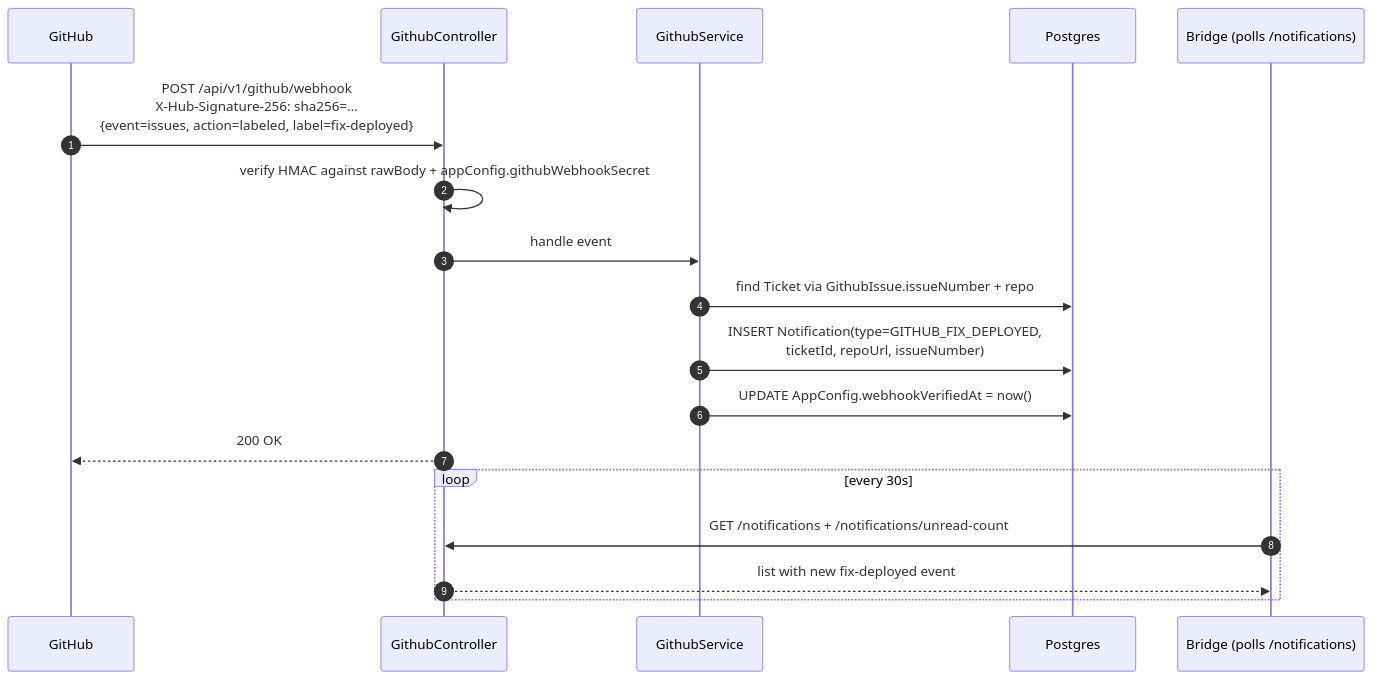
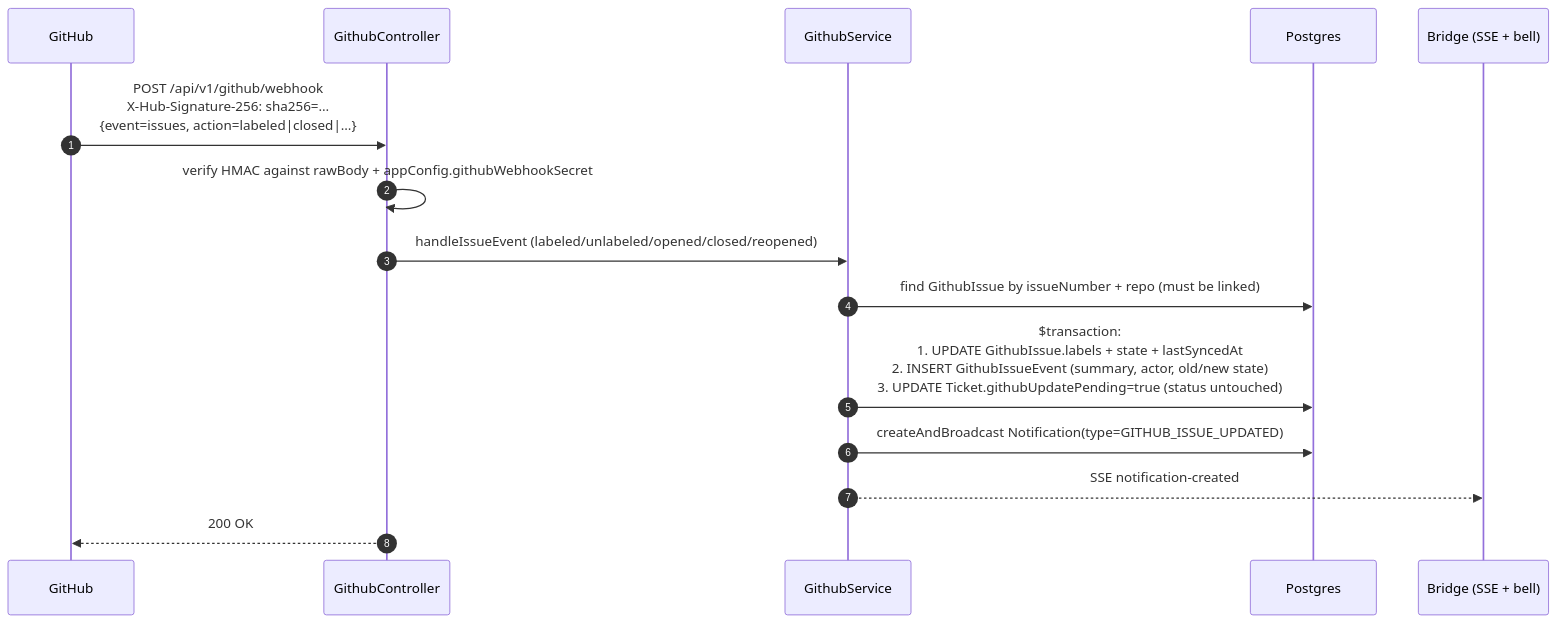
Before and after one commit to Vignesh-Siva96/tmr_athena: the second of 3 diagrams in docs/atlas/github.md, drawn with Mermaid. The commit also changed other lines of this file and 43 other files, not shown here.

Commit message:
feat(support): fixed github and other mail related issues

````diff
--- a/docs/atlas/github.md
+++ b/docs/atlas/github.md
@@ -54,21 +55,18 @@
 ```mermaid
 sequenceDiagram
   autonumber
   participant GitHub
   participant API as GithubController
   participant Svc as GithubService
   participant DB as Postgres
-  participant Bridge as Bridge (polls /notifications)
+  participant Bridge as Bridge (SSE + bell)
 
-  GitHub->>API: POST /api/v1/github/webhook<br/>X-Hub-Signature-256: sha256=…<br/>{event=issues, action=labeled, label=fix-deployed}
+  GitHub->>API: POST /api/v1/github/webhook<br/>X-Hub-Signature-256: sha256=…<br/>{event=issues, action=labeled|closed|…}
   API->>API: verify HMAC against rawBody + appConfig.githubWebhookSecret
-  API->>Svc: handle event
-  Svc->>DB: find Ticket via GithubIssue.issueNumber + repo
-  Svc->>DB: INSERT Notification(type=GITHUB_FIX_DEPLOYED,<br/>ticketId, repoUrl, issueNumber)
-  Svc->>DB: UPDATE AppConfig.webhookVerifiedAt = now()
+  API->>Svc: handleIssueEvent (labeled/unlabeled/opened/closed/reopened)
+  Svc->>DB: find GithubIssue by issueNumber + repo (must be linked)
+  Svc->>DB: $transaction:<br/>1. UPDATE GithubIssue.labels + state + lastSyncedAt<br/>2. INSERT GithubIssueEvent (summary, actor, old/new state)<br/>3. UPDATE Ticket.githubUpdatePending=true (status untouched)
+  Svc->>DB: createAndBroadcast Notification(type=GITHUB_ISSUE_UPDATED)
+  Svc-->>Bridge: SSE notification-created
   API-->>GitHub: 200 OK
-  loop every 30s
-    Bridge->>API: GET /notifications + /notifications/unread-count
-    API-->>Bridge: list with new fix-deployed event
-  end
 ```
````
